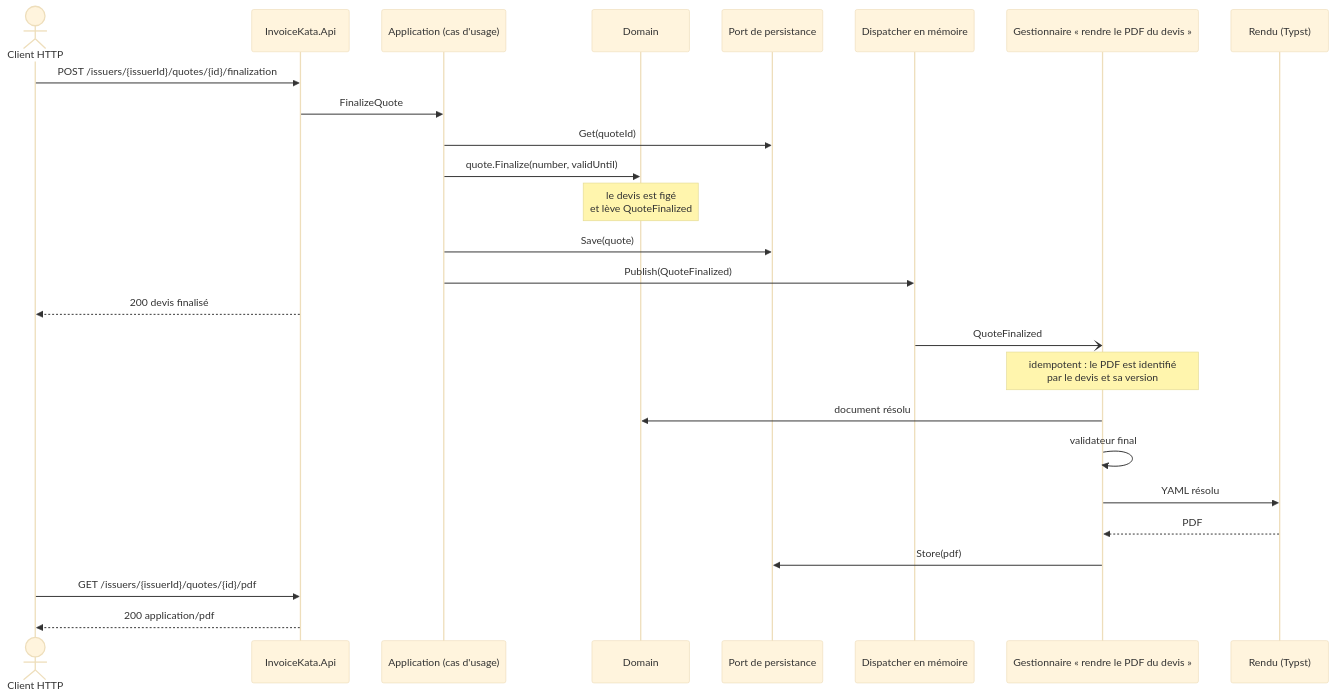
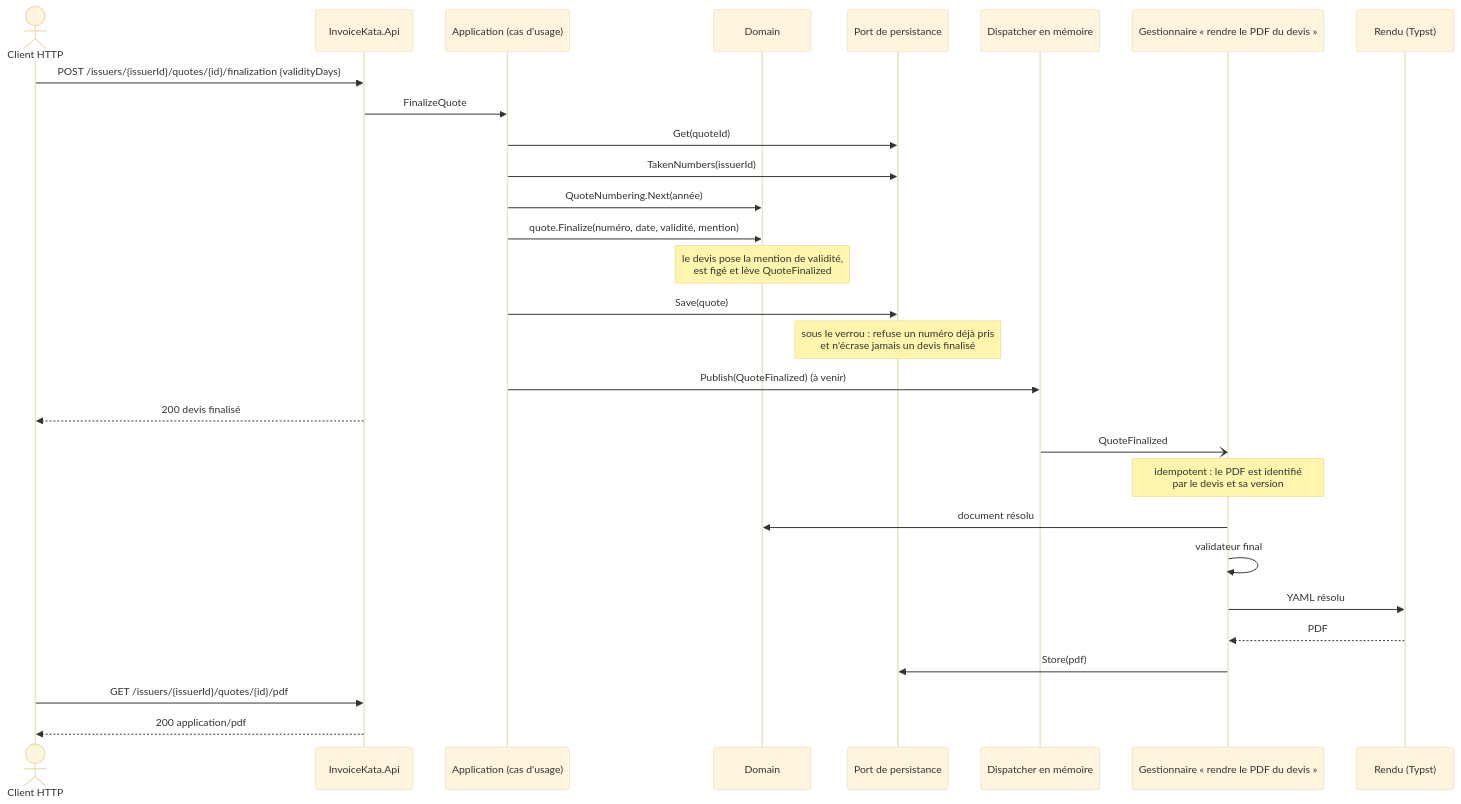
Before and after one commit to SamirZebbouche/InvoiceKata: the second of 2 diagrams in docs/API.md, drawn with Mermaid (base theme). The commit also changed other lines of this file and 8 other files, not shown here.

First line of the commit message:
feat: POST /quotes/{id}/finalization, with 409 for a frozen quote

````diff
--- a/docs/API.md
+++ b/docs/API.md
@@ -102,31 +109,34 @@
 ```mermaid
 sequenceDiagram
     actor U as Client HTTP
     participant API as InvoiceKata.Api
     participant UC as Application (cas d'usage)
     participant D as Domain
     participant R as Port de persistance
     participant E as Dispatcher en mémoire
     participant H as Gestionnaire « rendre le PDF du devis »
     participant T as Rendu (Typst)
 
-    U->>API: POST /issuers/{issuerId}/quotes/{id}/finalization
+    U->>API: POST /issuers/{issuerId}/quotes/{id}/finalization {validityDays}
     API->>UC: FinalizeQuote
     UC->>R: Get(quoteId)
-    UC->>D: quote.Finalize(number, validUntil)
-    Note over D: le devis est figé<br/>et lève QuoteFinalized
+    UC->>R: TakenNumbers(issuerId)
+    UC->>D: QuoteNumbering.Next(année)
+    UC->>D: quote.Finalize(numéro, date, validité, mention)
+    Note over D: le devis pose la mention de validité,<br/>est figé et lève QuoteFinalized
     UC->>R: Save(quote)
-    UC->>E: Publish(QuoteFinalized)
+    Note over R: sous le verrou : refuse un numéro déjà pris<br/>et n'écrase jamais un devis finalisé
+    UC->>E: Publish(QuoteFinalized) (à venir)
     API-->>U: 200 devis finalisé
 
     E-)H: QuoteFinalized
     Note over H: idempotent : le PDF est identifié<br/>par le devis et sa version
     H->>D: document résolu
     H->>H: validateur final
     H->>T: YAML résolu
     T-->>H: PDF
     H->>R: Store(pdf)
 
     U->>API: GET /issuers/{issuerId}/quotes/{id}/pdf
     API-->>U: 200 application/pdf
 ```
````
